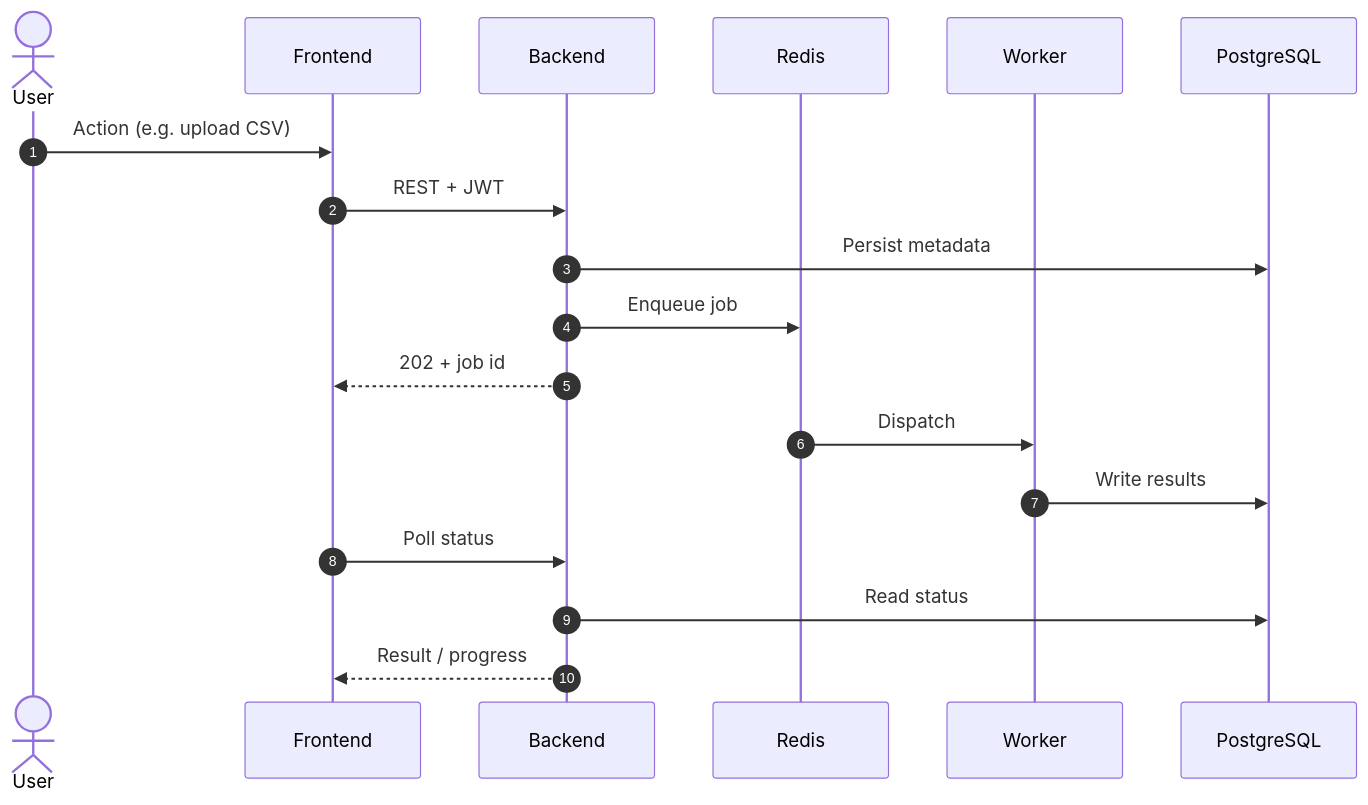
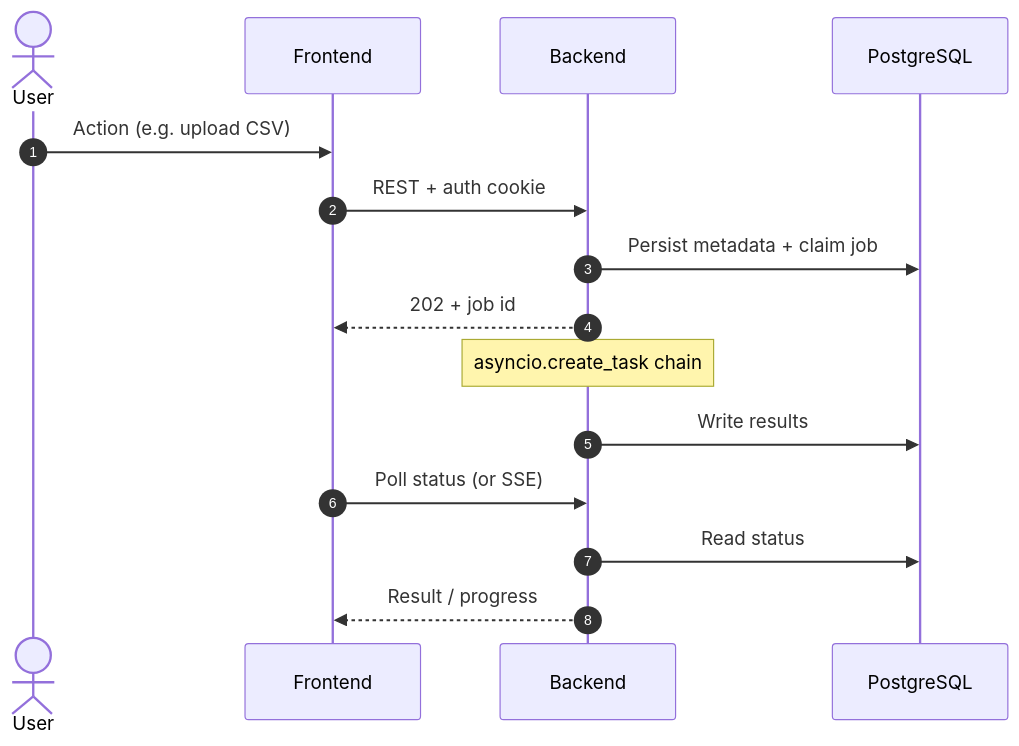
The third of 3 diagrams in docs/src/architecture/02-system-overview.md (EPFL-ENAC/co2-calculator), drawn with Mermaid before and after one commit. The commit also changed other lines of this file, not shown here.

First line of the commit message:
docs(#860): C1 address copilot review — drop fictional Celery/Redis/email/JWT/presigned-URL claims

````diff
--- a/docs/src/architecture/02-system-overview.md
+++ b/docs/src/architecture/02-system-overview.md
@@ -120,21 +109,18 @@
 ```mermaid
 sequenceDiagram
     autonumber
     actor U as User
     participant FE as Frontend
     participant BE as Backend
-    participant Q as Redis
-    participant W as Worker
     participant DB as PostgreSQL
 
     U->>FE: Action (e.g. upload CSV)
-    FE->>BE: REST + JWT
-    BE->>DB: Persist metadata
-    BE->>Q: Enqueue job
+    FE->>BE: REST + auth cookie
+    BE->>DB: Persist metadata + claim job
     BE-->>FE: 202 + job id
-    Q->>W: Dispatch
-    W->>DB: Write results
-    FE->>BE: Poll status
+    Note over BE: asyncio.create_task chain
+    BE->>DB: Write results
+    FE->>BE: Poll status (or SSE)
     BE->>DB: Read status
     BE-->>FE: Result / progress
 ```
````
